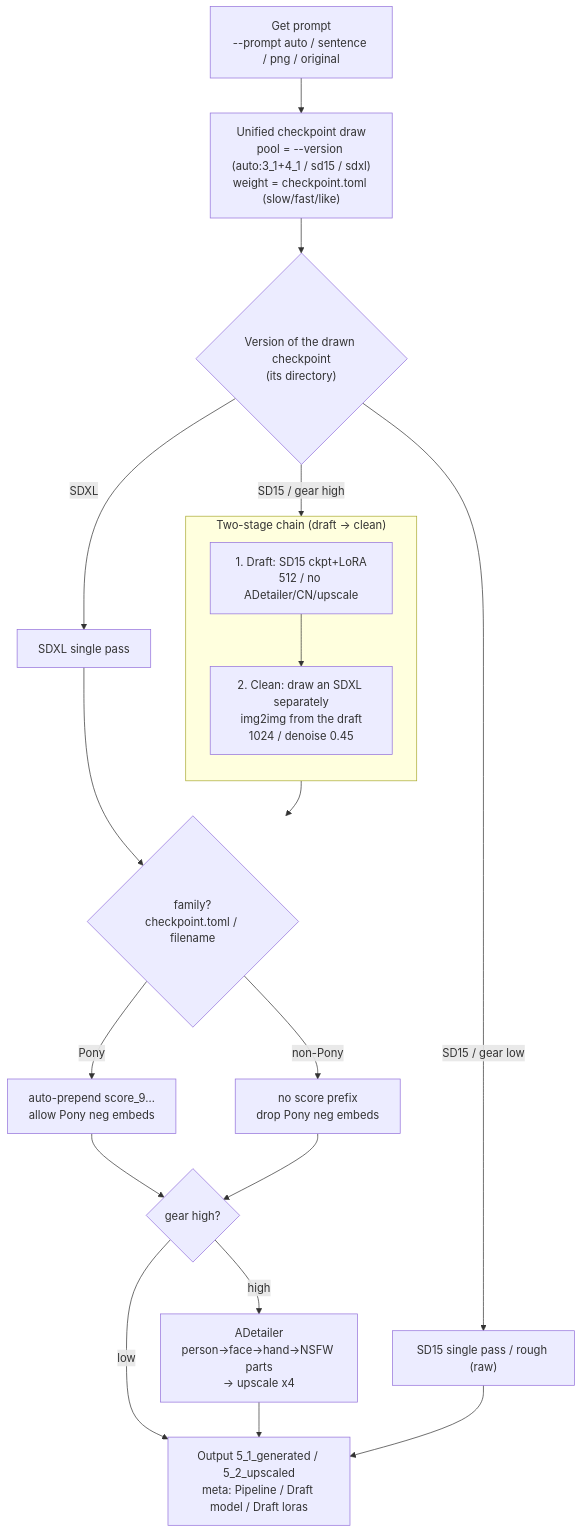
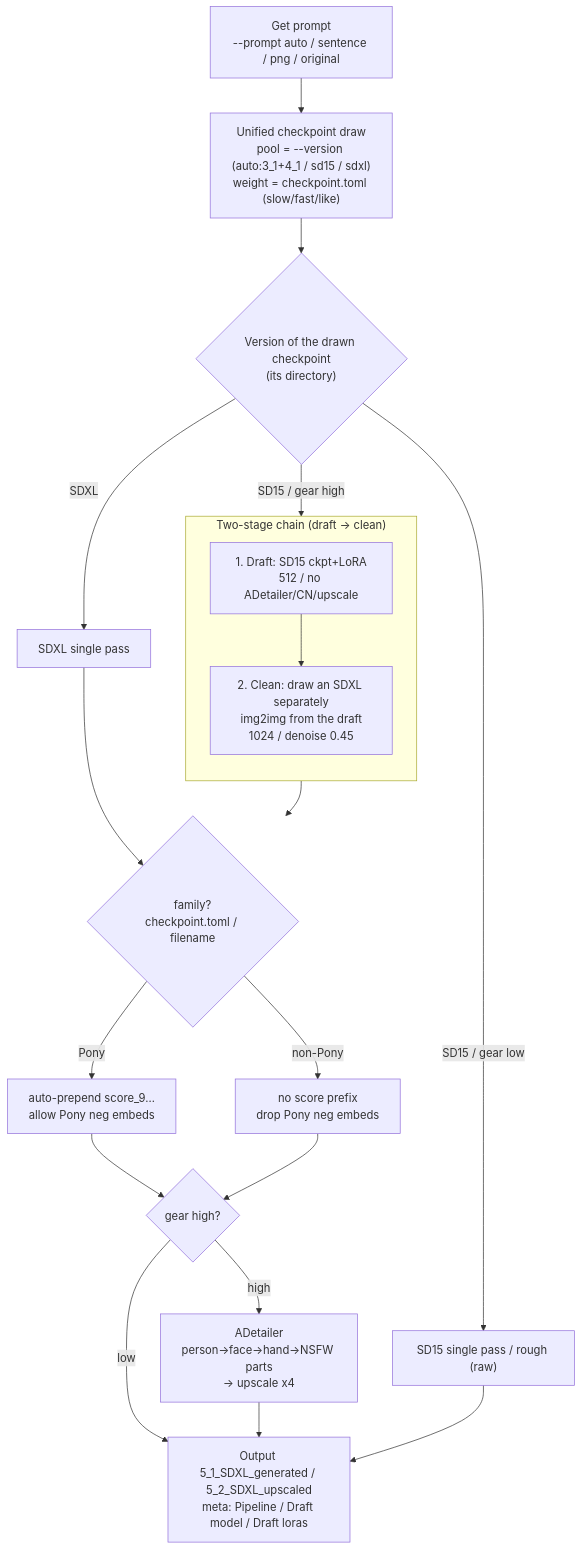
Before and after one commit to AZO234/comfyui_playground: the diagram in README.md, drawn with Mermaid. The commit also changed other lines of this file and 5 other files, not shown here.

````diff
--- a/README.md
+++ b/README.md
@@ -99,29 +100,29 @@
 ```mermaid
 flowchart TD
   P["Get prompt<br/>--prompt auto / sentence / png / original"]
   P --> CK["Unified checkpoint draw<br/>pool = --version (auto:3_1+4_1 / sd15 / sdxl)<br/>weight = checkpoint.toml (slow/fast/like)"]
   CK --> V{"Version of the drawn checkpoint<br/>(its directory)"}
 
   V -->|"SD15 / gear high"| DR1
   V -->|"SD15 / gear low"| S1["SD15 single pass / rough (raw)"]
   V -->|"SDXL"| S2["SDXL single pass"]
 
   subgraph DR["Two-stage chain (draft → clean)"]
     direction TB
     DR1["1. Draft: SD15 ckpt+LoRA<br/>512 / no ADetailer/CN/upscale"]
     DR1 --> DR2["2. Clean: draw an SDXL separately<br/>img2img from the draft<br/>1024 / denoise 0.45"]
   end
 
   DR2 --> FAM
   S2 --> FAM
   FAM{"family?<br/>checkpoint.toml / filename"}
   FAM -->|Pony| FP["auto-prepend score_9…<br/>allow Pony neg embeds"]
   FAM -->|non-Pony| FN["no score prefix<br/>drop Pony neg embeds"]
 
   FP --> HG{"gear high?"}
   FN --> HG
   HG -->|high| AD["ADetailer<br/>person→face→hand→NSFW parts<br/>→ upscale x4"]
   HG -->|low| OUT
-  AD --> OUT["Output 5_1_generated / 5_2_upscaled<br/>meta: Pipeline / Draft model / Draft loras"]
+  AD --> OUT["Output 5_1_SDXL_generated / 5_2_SDXL_upscaled<br/>meta: Pipeline / Draft model / Draft loras"]
   S1 --> OUT
 ```
````
